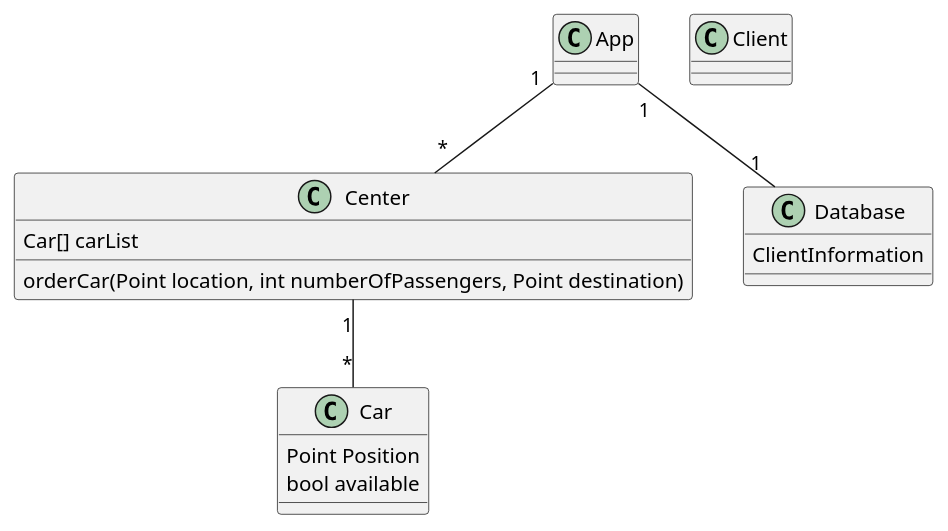
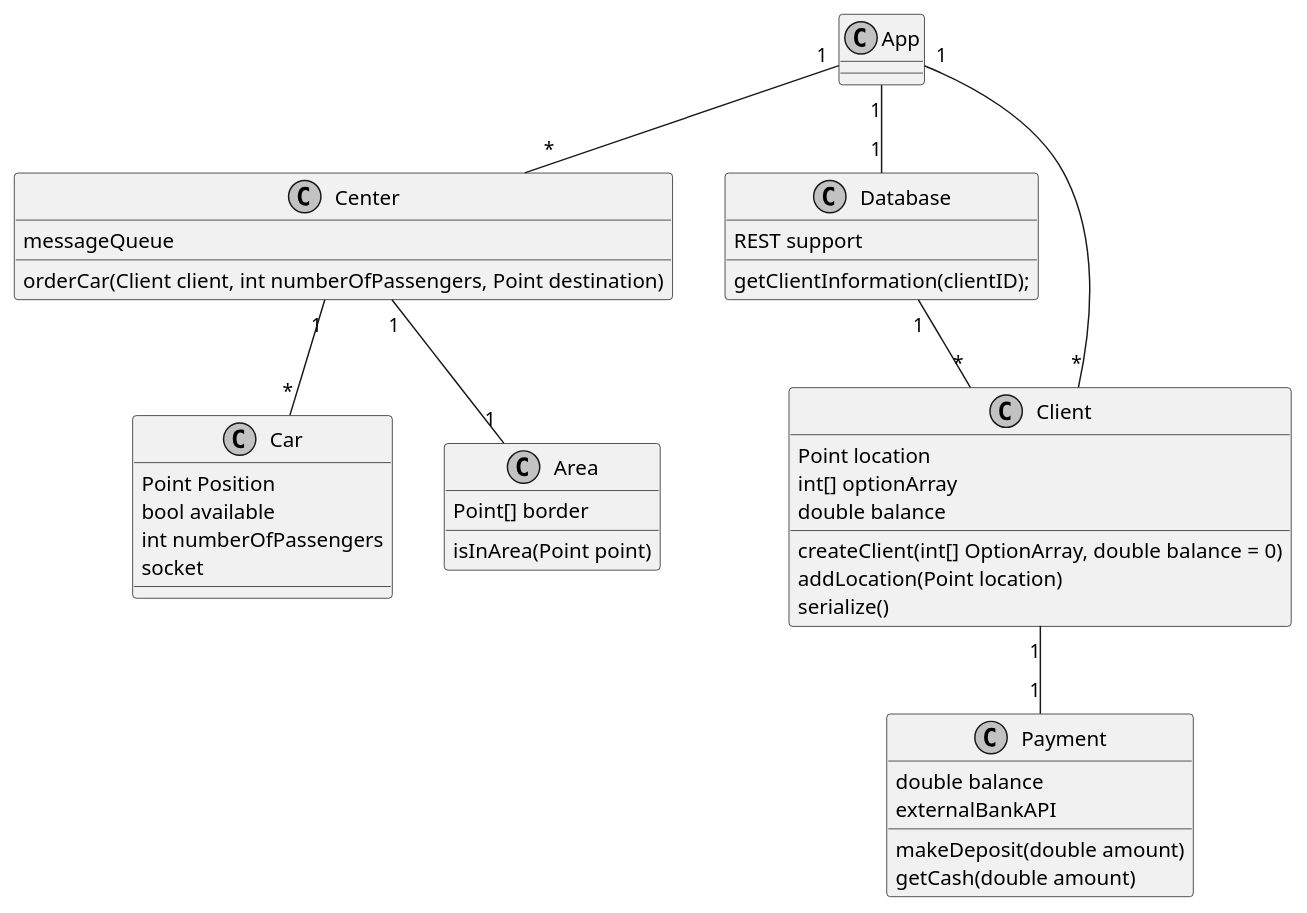
One commit to TwanSchoonen/Networking2018 changed the diagram in Diagrams/classDiagram.org. Above: the diagram before and after it, drawn with PlantUML. The commit also changed 4 other files, not shown here.

Commit message:
Update to class diagram and made register client

```diff
--- a/Diagrams/classDiagram.org
+++ b/Diagrams/classDiagram.org
@@ -1,33 +1,64 @@
 #+begin_src plantuml :file classDiagram.png
 @startuml
+skinparam {
+  monochrome true
+}
+
 class Car {
   Point Position
   bool available
+  int numberOfPassengers
+  socket
+
+}
+
+class Area {
+  Point[] border
+  
+  isInArea(Point point)
+}
+
+class Center {
+  messageQueue
+
+  orderCar(Client client, int numberOfPassengers, Point destination)
   
 }
 
-class Center {
-  Car[] carList
-
-  orderCar(Point location, int numberOfPassengers, Point destination)
-
+class Database {
+  REST support
+  getClientInformation(clientID);
 }
 
 class App {
+  
 }
 
-class Database {
-  ClientInformation
+class Payment {
+  double balance
+  externalBankAPI
+
+  makeDeposit(double amount)
+  getCash(double amount)
 }
 
 class Client {
+  Point location
+  int[] optionArray
+  double balance
 
+  createClient(int[] OptionArray, double balance = 0)
+  addLocation(Point location)
+  serialize()
 }
 
+App "1" -- "*" Client
 App "1" -- "*" Center
 Center "1" -- "*" Car
+Center "1" -- "1" Area
 App "1" -- "1" Database
-
+Database "1" -- "*" Client
+Client "1" -- "1" Payment
 
 @enduml
 #+END_SRC
```
